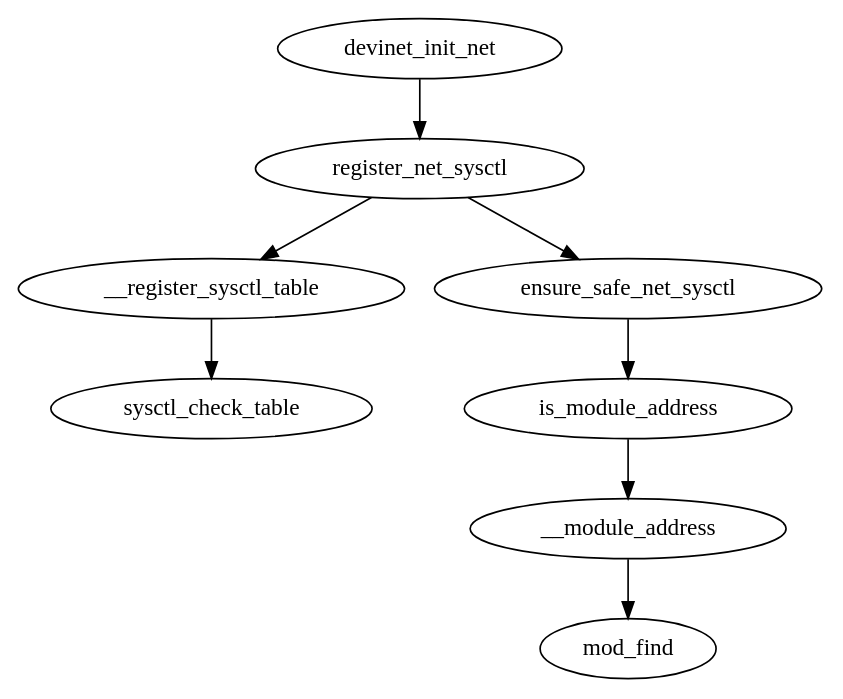
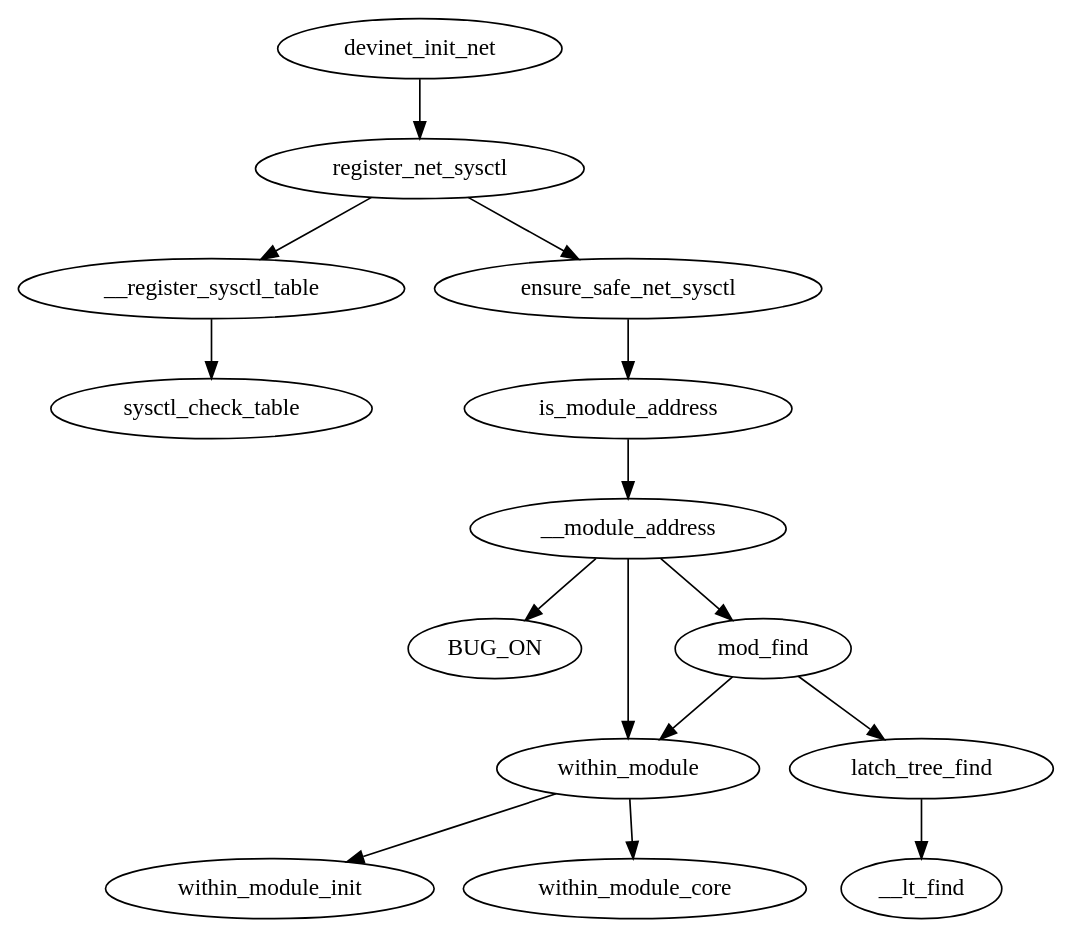
One commit to cendes/knob_graph_search changed the diagram in partial_graph_ip_forward.dot. Above: the diagram before and after it, drawn with Graphviz. The commit also changed 34 other files, not shown here.

```diff
--- a/partial_graph_ip_forward.dot
+++ b/partial_graph_ip_forward.dot
@@ -1,9 +1,16 @@
 digraph "/home/cendes/Documents/masters_thesis/ocloz/knob_graph_search/./partial_graph_ip_forward.dot" {
 	 __register_sysctl_table -> sysctl_check_table
-	 __module_address -> mod_find
+	 __module_address -> BUG_ON
+	 within_module -> within_module_init
+	 within_module -> within_module_core
+	 latch_tree_find -> __lt_find
 	 is_module_address -> __module_address
 	 ensure_safe_net_sysctl -> is_module_address
 	 register_net_sysctl -> ensure_safe_net_sysctl
+	 mod_find -> latch_tree_find
+	 __module_address -> mod_find
+	 __module_address -> within_module
+	 mod_find -> within_module
 	 devinet_init_net -> register_net_sysctl
 	 register_net_sysctl -> __register_sysctl_table
 }
```
